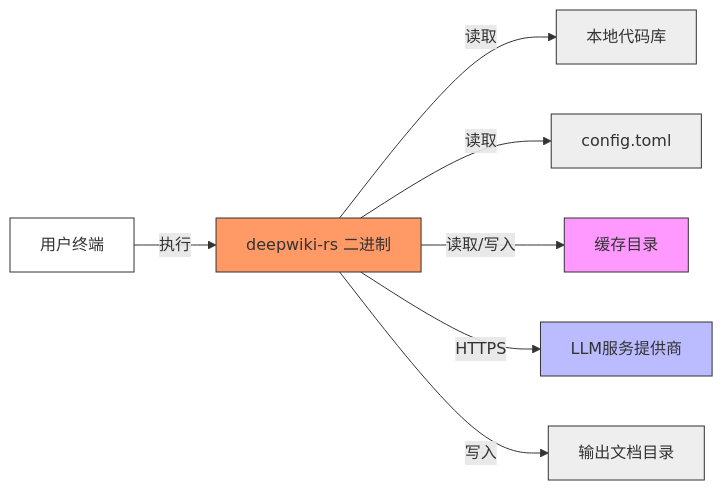
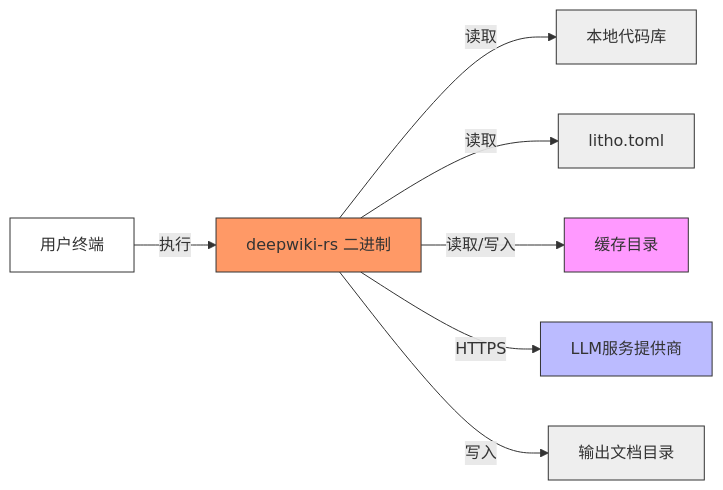
One commit to BigtoC/deepwiki-rs changed the sixth of 6 diagrams in docs/2、架构概览.md. Above: the diagram before and after it, drawn with Mermaid. The commit also changed other lines of this file and 6 other files, not shown here.

First line of the commit message:
UPDATE configuration file path from `config.toml` to `litho.toml` and adjust CLI logic to match

````diff
--- a/docs/2、架构概览.md
+++ b/docs/2、架构概览.md
@@ -609,24 +609,24 @@
 ```mermaid
 graph LR
     A[用户终端] -->|执行| B[deepwiki-rs 二进制]
     B -->|读取| C[本地代码库]
-    B -->|读取| D[config.toml]
+    B -->|读取| D[litho.toml]
     B -->|读取/写入| E[缓存目录]
     B -->|HTTPS| F[LLM服务提供商]
     B -->|写入| G[输出文档目录]
 
     style A fill:#fff,stroke:#333
     style B fill:#f96,stroke:#333
     style C fill:#eee
     style D fill:#eee
     style E fill:#f9f
     style F fill:#bbf
     style G fill:#eee
 
     classDef local fill:#eee,stroke:#333;
     classDef tool fill:#f96,stroke:#333;
     classDef cloud fill:#bbf,stroke:#333;
     class C,D,E,G local;
     class B tool;
     class F cloud;
 ```
````
